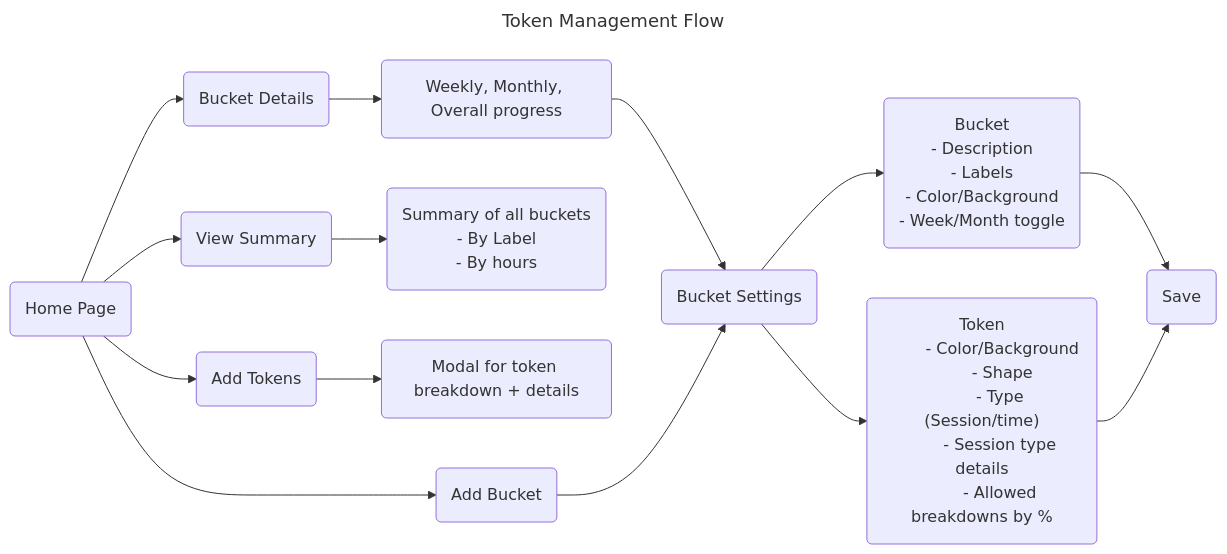
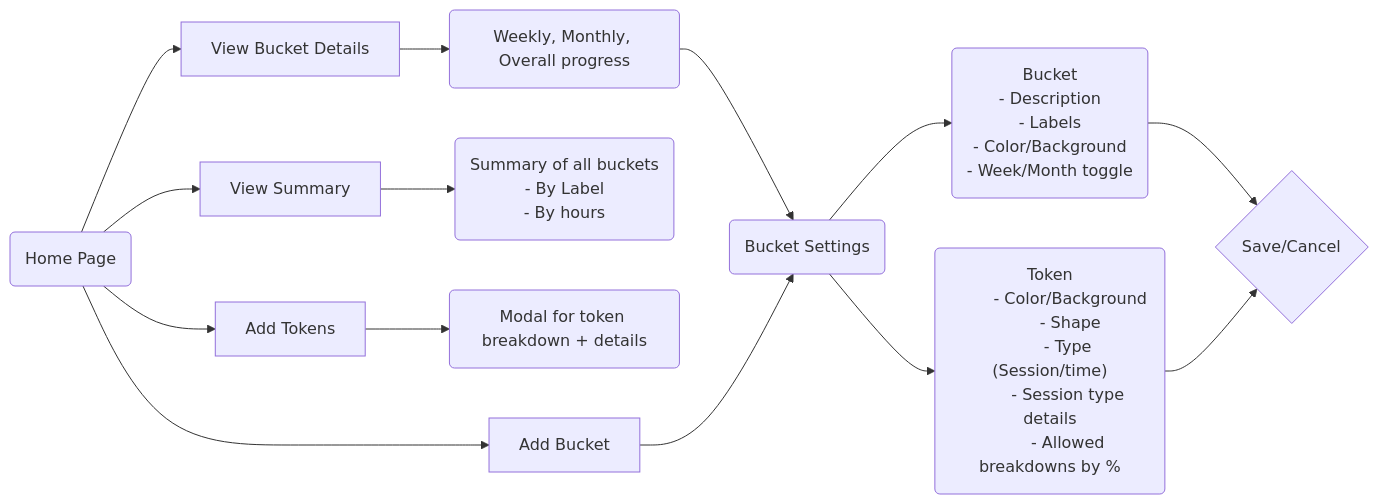
Before and after one commit to Brandontzhang/daily-tokens: the second of 2 diagrams in README.md, drawn with Mermaid. The commit also changed other lines of this file, not shown here.

Commit message:
Separting between states, actions, and decisions for user flow diagrams

````diff
--- a/README.md
+++ b/README.md
@@ -41,39 +46,36 @@
   ```mermaid
-  ---
-  title: Token Management Flow
-  ---
   flowchart LR
       A(Home Page)
-      B(View Summary)
-      C(Add Tokens)
-      D(Bucket Details)
-      E(Add Bucket)
+      B[View Summary]
+      C[Add Tokens]
+      D[View Bucket Details]
+      E[Add Bucket]
       F("Summary of all buckets
           - By Label
           - By hours")
       G(Modal for token breakdown + details)
       H(Weekly, Monthly, Overall progress)
       I(Bucket Settings)
-      J(Save)
+      J{Save/Cancel}
       K("Bucket
           - Description
           - Labels
           - Color/Background
           - Week/Month toggle")
       L("Token
           - Color/Background
           - Shape
           - Type (Session/time)
           - Session type details
           - Allowed breakdowns by %")
       A --> B
       A --> C
       A --> D
       A --> E
       B --> F
       C --> G
       D --> H
       H --> I
       E --> I
       I --> K & L --> J
   ```
````
